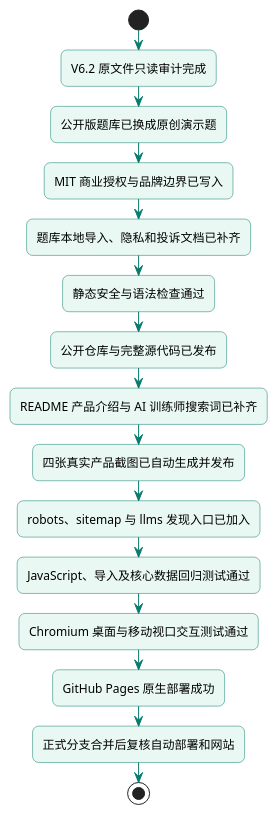
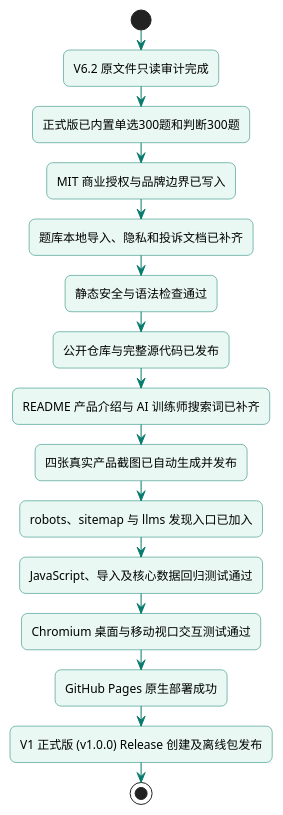
One commit to jin-shanghai/zhiti-learning changed the diagram in PROJECT_STATUS.puml. Above: the diagram before and after it, drawn with PlantUML. The commit also changed 10 other files, not shown here.

First line of the commit message:
release: 知题 ZHITI V1 正式版 (v1.0.0)

```diff
--- a/PROJECT_STATUS.puml
+++ b/PROJECT_STATUS.puml
@@ -1,24 +1,24 @@
 @startuml
 skinparam shadowing false
 skinparam roundcorner 12
 skinparam defaultFontName Arial
 skinparam ArrowColor #087b6d
 skinparam ActivityBorderColor #087b6d
 skinparam ActivityBackgroundColor #e9f8f2
 skinparam ActivityDiamondBackgroundColor #fff4df
 start
 :V6.2 原文件只读审计完成;
-:公开版题库已换成原创演示题;
+:正式版已内置单选300题和判断300题;
 :MIT 商业授权与品牌边界已写入;
 :题库本地导入、隐私和投诉文档已补齐;
 :静态安全与语法检查通过;
 :公开仓库与完整源代码已发布;
 :README 产品介绍与 AI 训练师搜索词已补齐;
 :四张真实产品截图已自动生成并发布;
 :robots、sitemap 与 llms 发现入口已加入;
 :JavaScript、导入及核心数据回归测试通过;
 :Chromium 桌面与移动视口交互测试通过;
 :GitHub Pages 原生部署成功;
-:正式分支合并后复核自动部署和网站;
+:V1 正式版 (v1.0.0) Release 创建及离线包发布;
 stop
 @enduml
```
